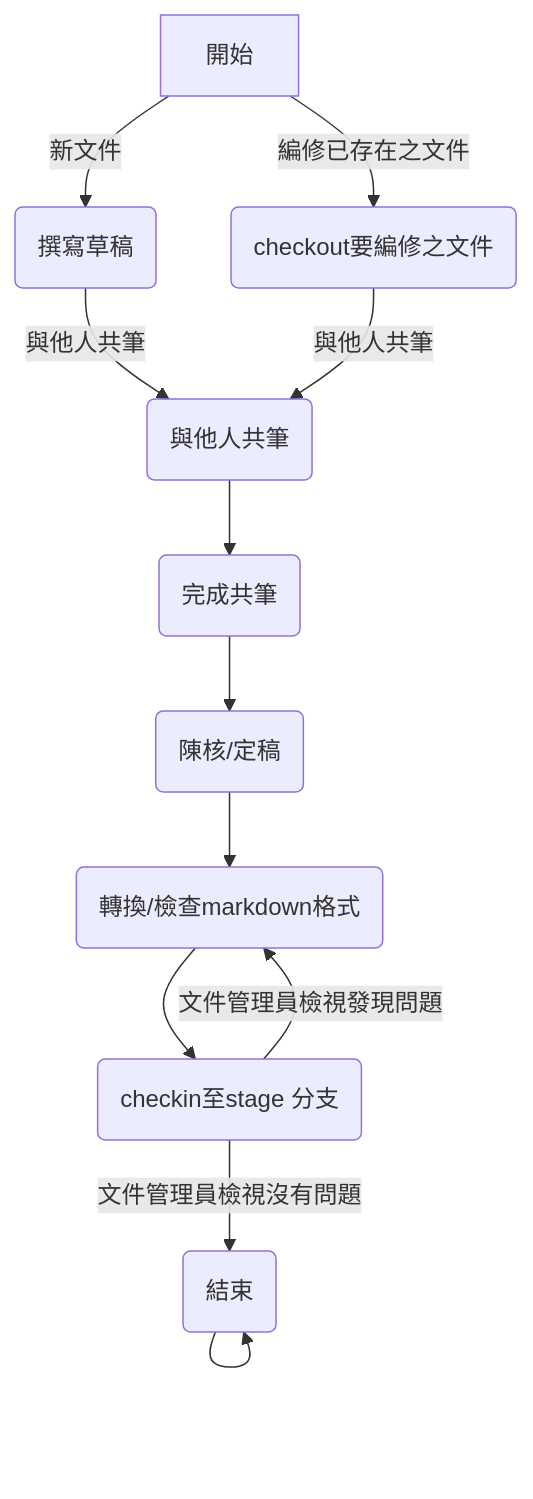
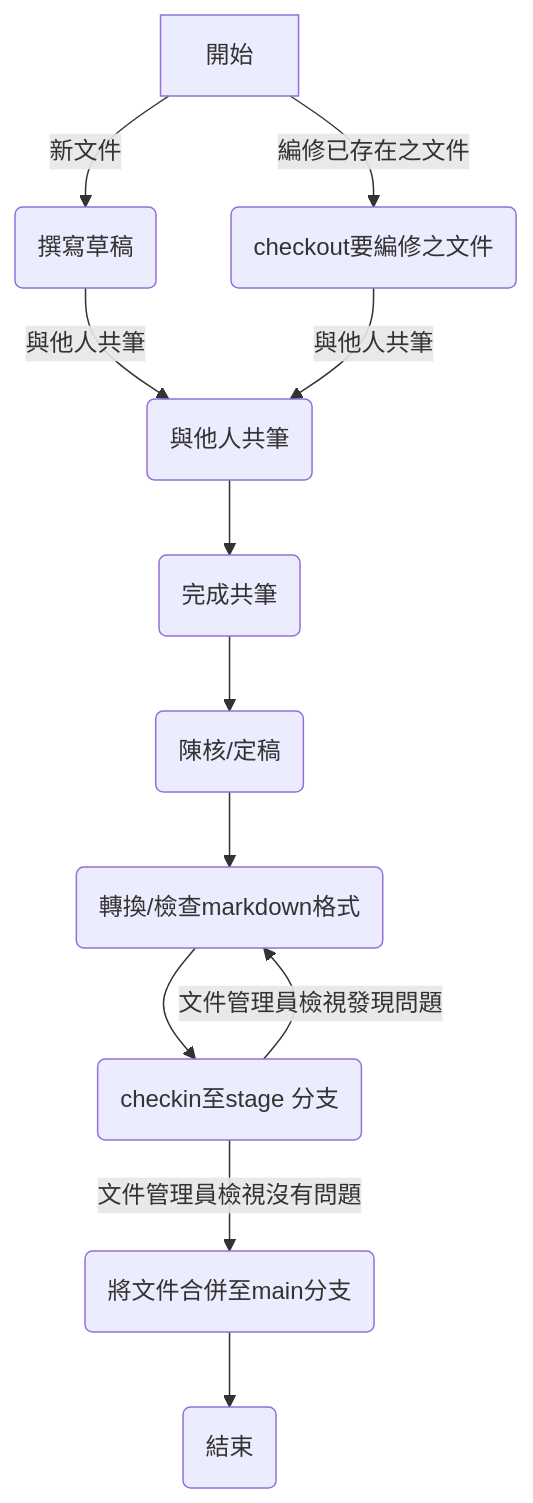
Before and after one commit to netlol/test22: the second of 2 diagrams in uu.md, drawn with Mermaid.

````diff
--- a/uu.md
+++ b/uu.md
@@ -10,14 +10,14 @@
 ```mermaid
 graph TD;
   A[開始] -->|新文件| B(撰寫草稿);
   A -->|編修已存在之文件| C(checkout要編修之文件);
   B -->|與他人共筆| D(與他人共筆);
   C -->|與他人共筆| D(與他人共筆);
   D --> E(完成共筆);
   E --> F(陳核/定稿);
   F --> G(轉換/檢查markdown格式);
   G --> H(checkin至stage 分支);
   H -->|文件管理員檢視沒有問題| I(將文件合併至main分支);
   H -->|文件管理員檢視發現問題| G;
-  I --> I(結束);
+  I --> K(結束);
   ```
````
